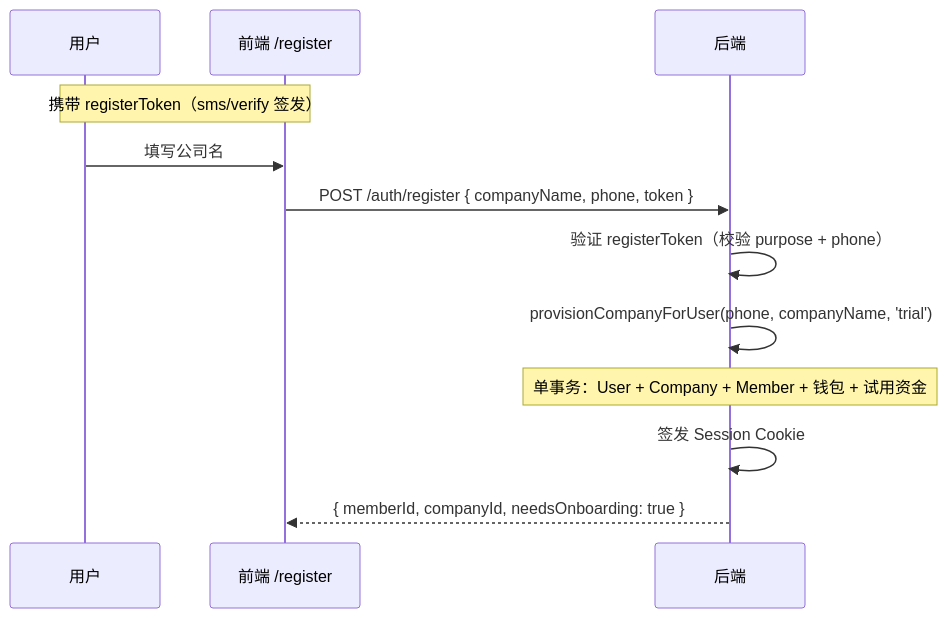
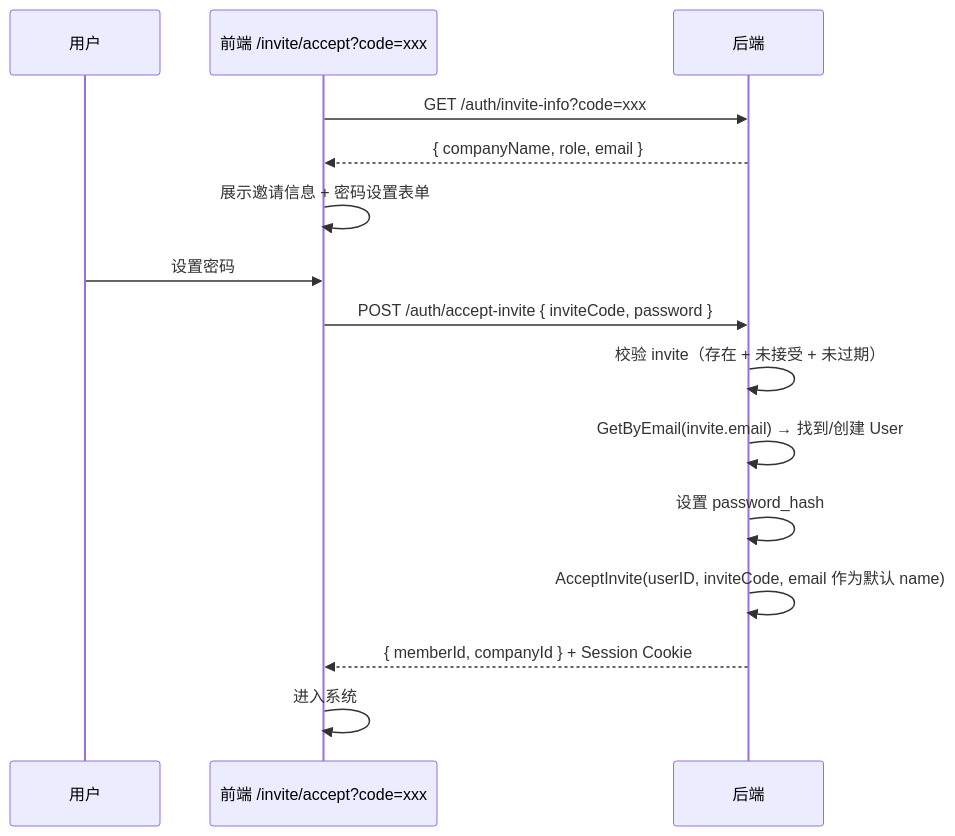
Before and after one commit to quyip8818/mytokenjoy: the sixth of 8 diagrams in docs/saas/登录注册方案设计.md, drawn with Mermaid. The commit also changed other lines of this file and 3 other files, not shown here.

````diff
--- a/docs/saas/登录注册方案设计.md
+++ b/docs/saas/登录注册方案设计.md
@@ -180,15 +338,19 @@
 ```mermaid
 sequenceDiagram
     participant U as 用户
-    participant F as 前端 /register
+    participant F as 前端 /invite/accept?code=xxx
     participant B as 后端
 
-    Note over U,F: 携带 registerToken（sms/verify 签发）
-    U->>F: 填写公司名
-    F->>B: POST /auth/register { companyName, phone, token }
-    B->>B: 验证 registerToken（校验 purpose + phone）
-    B->>B: provisionCompanyForUser(phone, companyName, 'trial')
-    Note over B: 单事务：User + Company + Member + 钱包 + 试用资金
-    B->>B: 签发 Session Cookie
-    B-->>F: { memberId, companyId, needsOnboarding: true }
+    F->>B: GET /auth/invite-info?code=xxx
+    B-->>F: { companyName, role, email }
+    F->>F: 展示邀请信息 + 密码设置表单
+
+    U->>F: 设置密码
+    F->>B: POST /auth/accept-invite { inviteCode, password }
+    B->>B: 校验 invite（存在 + 未接受 + 未过期）
+    B->>B: GetByEmail(invite.email) → 找到/创建 User
+    B->>B: 设置 password_hash
+    B->>B: AcceptInvite(userID, inviteCode, email 作为默认 name)
+    B-->>F: { memberId, companyId } + Session Cookie
+    F->>F: 进入系统
 ```
````
